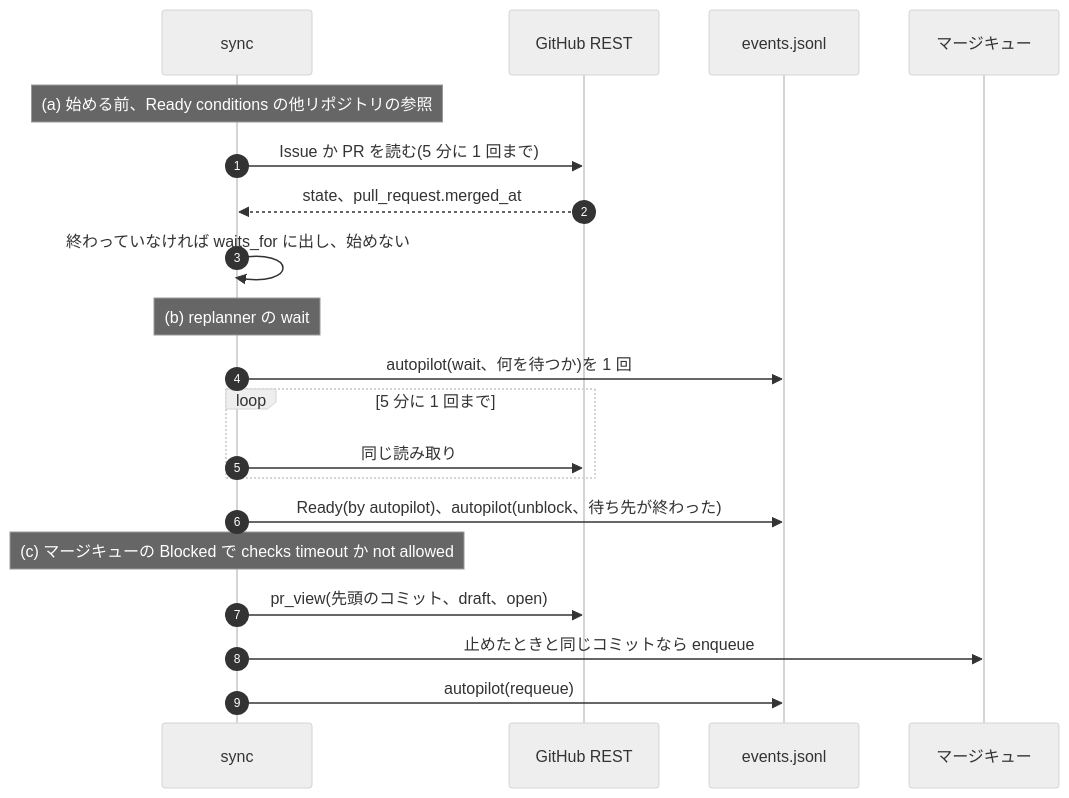
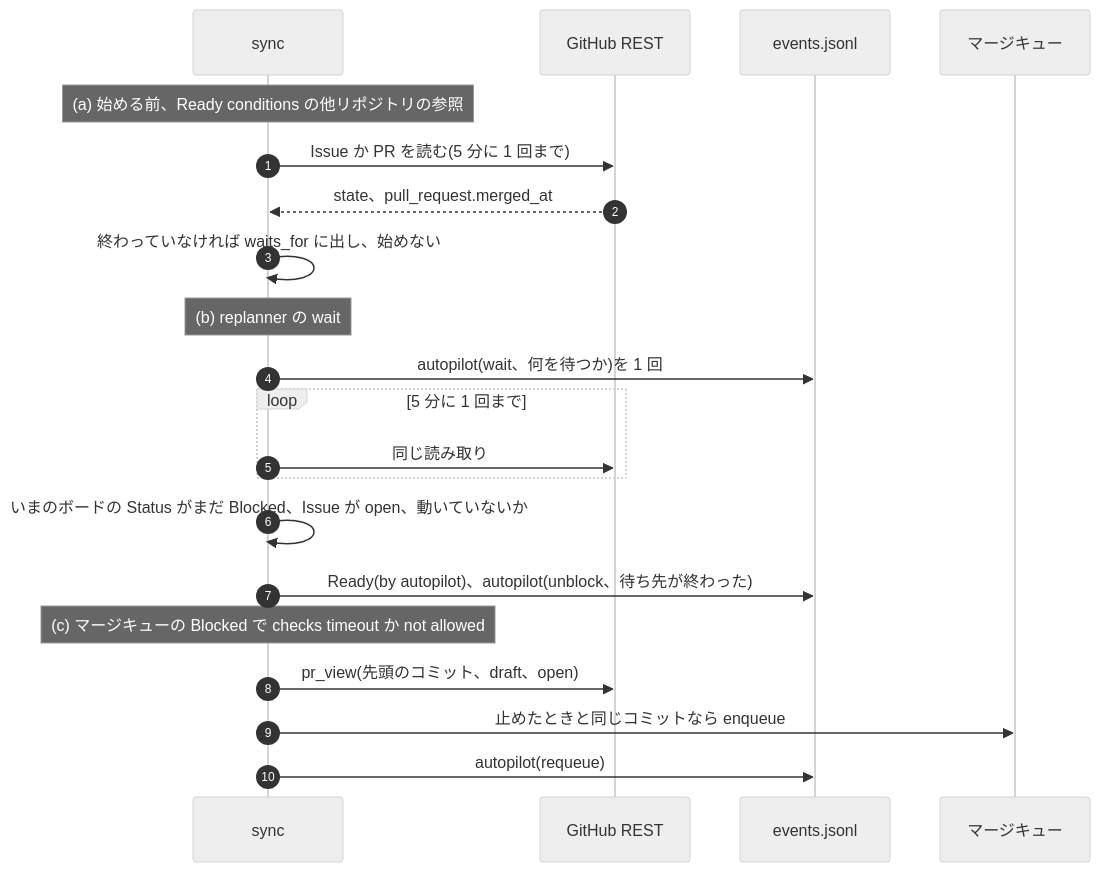
The fourth of 5 diagrams in docs/architecture/designs/autopilot-unblock.md (jyoka/task-hub), drawn with Mermaid (neutral theme) before and after one commit. The commit also changed other lines of this file, not shown here.

Commit message:
task 283: オートパイロット: Blocked を自分で片付ける(設計)

````diff
--- a/docs/architecture/designs/autopilot-unblock.md
+++ b/docs/architecture/designs/autopilot-unblock.md
@@ -190,22 +193,23 @@
 ```mermaid
 sequenceDiagram
     autonumber
     participant S as sync
     participant GH as GitHub REST
     participant E as events.jsonl
     participant Q as マージキュー
     Note over S: (a) 始める前、Ready conditions の他リポジトリの参照
     S->>GH: Issue か PR を読む(5 分に 1 回まで)
     GH-->>S: state、pull_request.merged_at
     S->>S: 終わっていなければ waits_for に出し、始めない
     Note over S: (b) replanner の wait
     S->>E: autopilot(wait、何を待つか)を 1 回
     loop 5 分に 1 回まで
         S->>GH: 同じ読み取り
     end
+    S->>S: いまのボードの Status がまだ Blocked、Issue が open、動いていないか
     S->>E: Ready(by autopilot)、autopilot(unblock、待ち先が終わった)
     Note over S: (c) マージキューの Blocked で checks timeout か not allowed
     S->>GH: pr_view(先頭のコミット、draft、open)
     S->>Q: 止めたときと同じコミットなら enqueue
     S->>E: autopilot(requeue)
 ```
````
